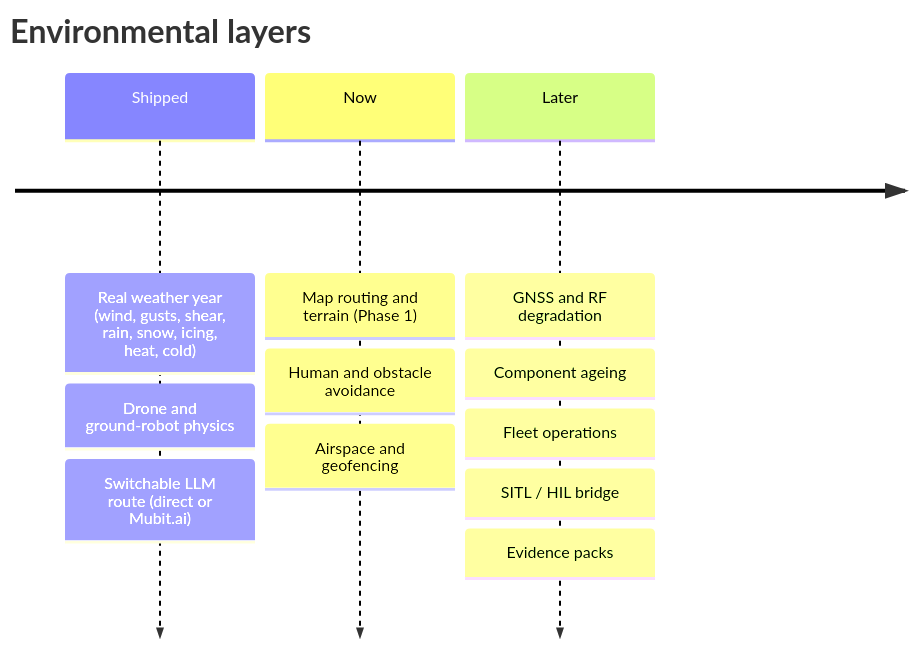
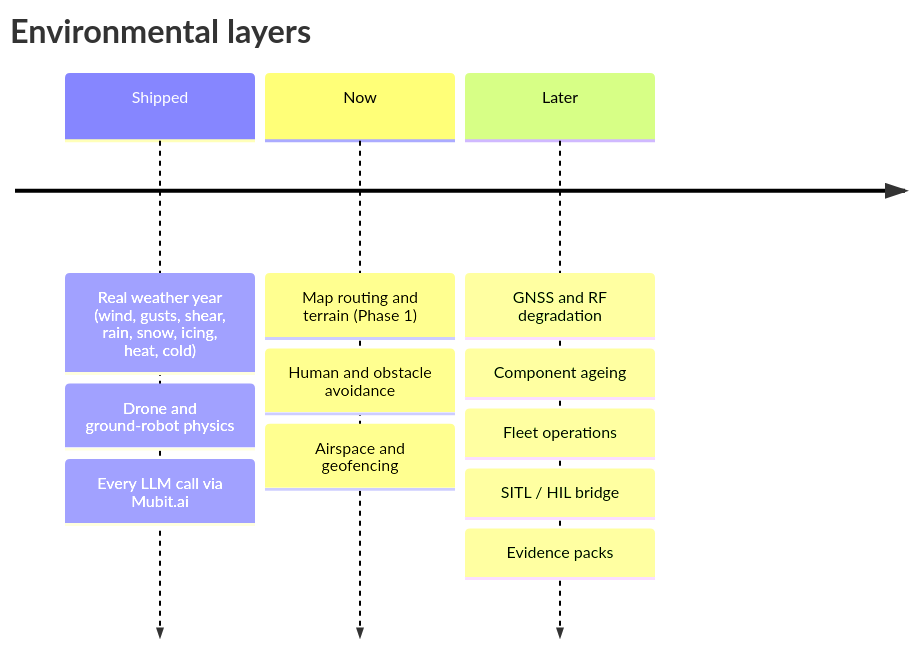
Before and after one commit to hackdavid/swarm-simulator: the diagram in docs/ROADMAP.md, drawn with Mermaid. The commit also changed other lines of this file and 6 other files, not shown here.

Commit message:
Docs: Mubit-only route, flight-ops review loop, route file errors

````diff
--- a/docs/ROADMAP.md
+++ b/docs/ROADMAP.md
@@ -7,15 +7,15 @@
 ```mermaid
 timeline
     title Environmental layers
     Shipped : Real weather year (wind, gusts, shear, rain, snow, icing, heat, cold)
             : Drone and ground-robot physics
-            : Switchable LLM route (direct or Mubit.ai)
+            : Every LLM call via Mubit.ai
     Now     : Map routing and terrain (Phase 1)
             : Human and obstacle avoidance
             : Airspace and geofencing
     Later   : GNSS and RF degradation
             : Component ageing
             : Fleet operations
             : SITL / HIL bridge
             : Evidence packs
 ```
````
